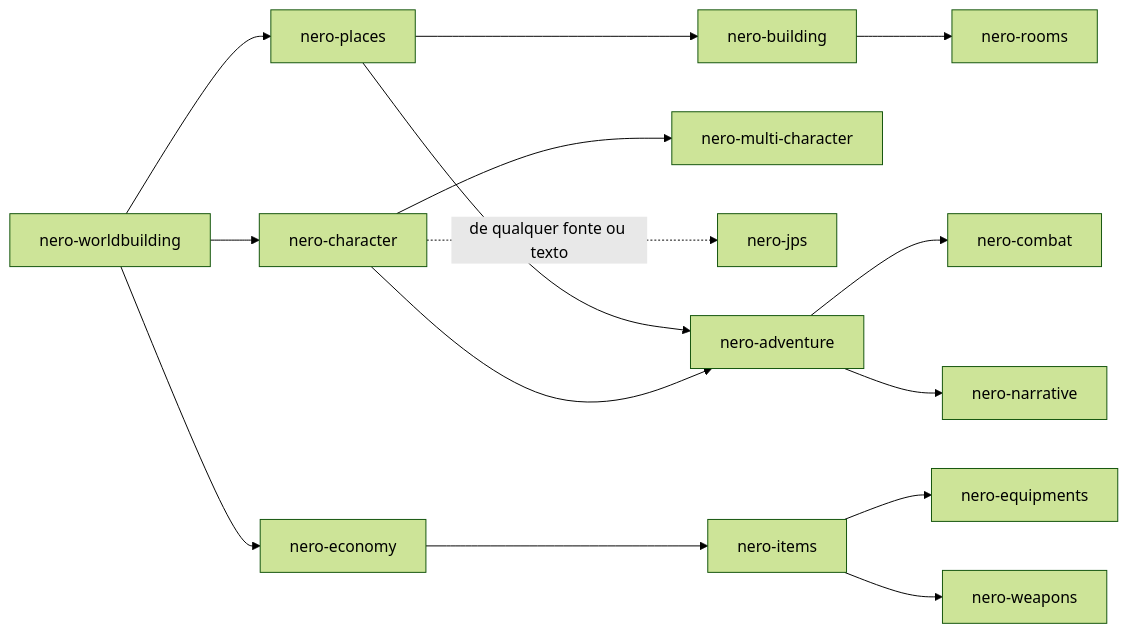
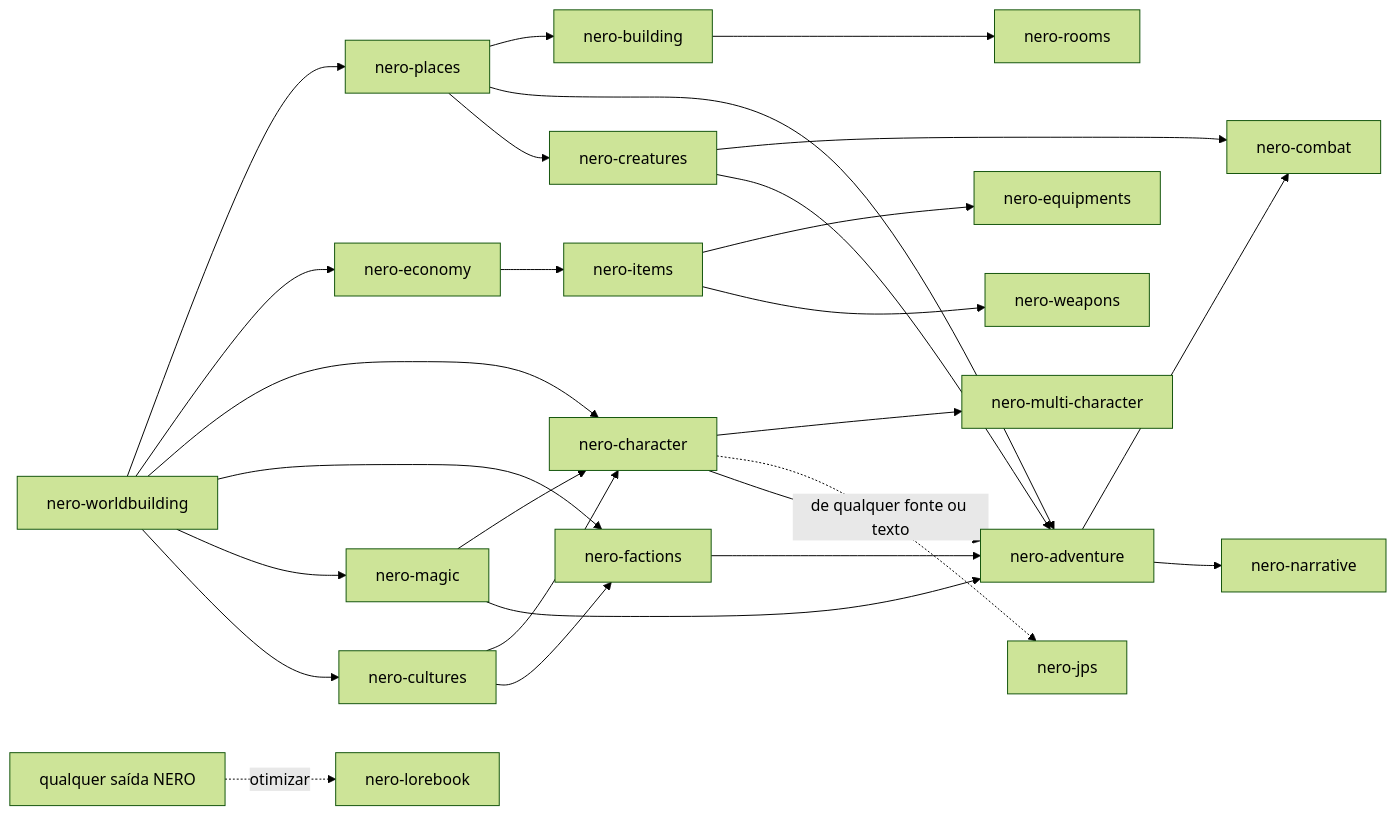
One commit to KMC1525/nero changed the diagram in README.pt-BR.md. Above: the diagram before and after it, drawn with Mermaid (forest theme). The commit also changed other lines of this file and 21 other files, not shown here.

First line of the commit message:
Release 1.3: add factions, creatures, magic, cultures and lorebook agents

````diff
--- a/README.pt-BR.md
+++ b/README.pt-BR.md
@@ -225,17 +247,29 @@
 ```mermaid
 flowchart LR
     W[nero-worldbuilding] --> P[nero-places]
     W --> E[nero-economy]
     P --> B[nero-building]
     B --> R[nero-rooms]
     W --> C[nero-character]
     C --> M[nero-multi-character]
     C -. de qualquer fonte ou texto .-> J[nero-jps]
     E --> I[nero-items]
     I --> Q[nero-equipments]
     I --> K[nero-weapons]
     P --> A[nero-adventure]
     C --> A
     A --> X[nero-combat]
     A --> N[nero-narrative]
+    W --> F[nero-factions]
+    W --> MG[nero-magic]
+    W --> CU[nero-cultures]
+    CU --> C
+    CU --> F
+    MG --> C
+    F --> A
+    MG --> A
+    P --> CR[nero-creatures]
+    CR --> X
+    CR --> A
+    ANY[qualquer saída NERO] -. otimizar .-> LB[nero-lorebook]
 ```
````
